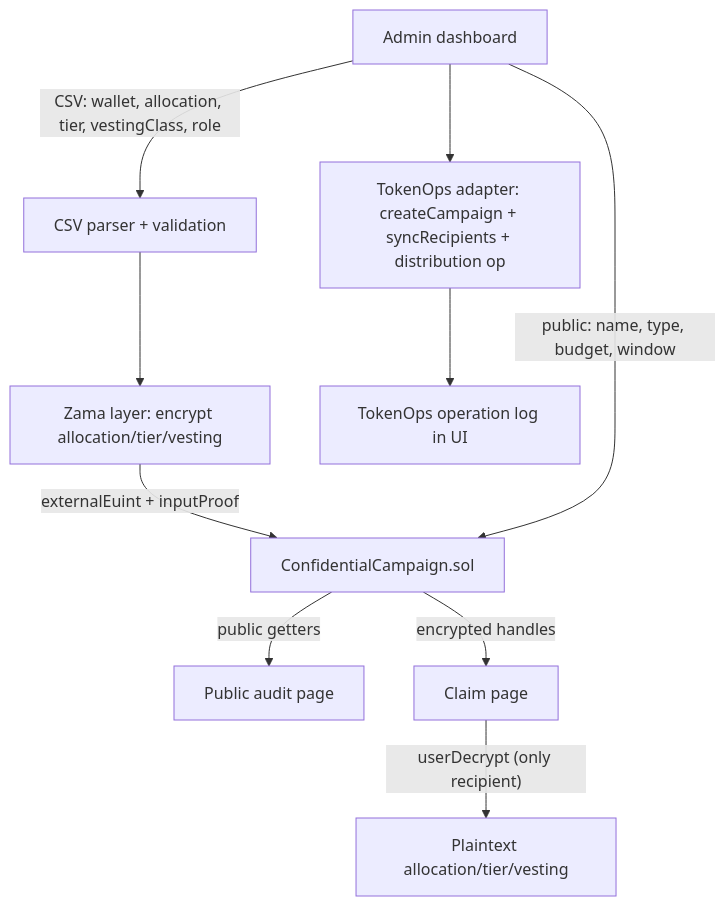
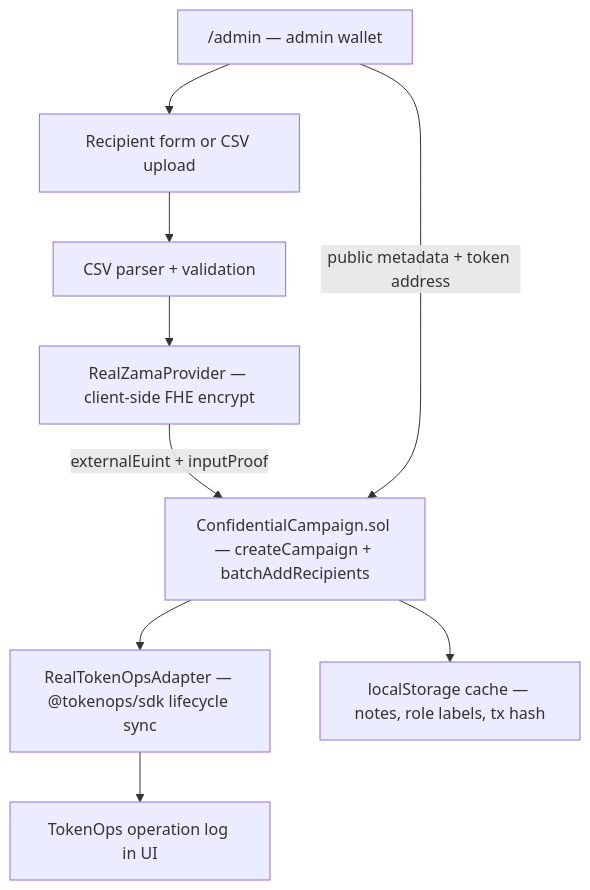
Before and after one commit to karagozemin/CloakOps: the first of 3 diagrams in docs/architecture.md, drawn with Mermaid. The commit also changed other lines of this file and 3 other files, not shown here.

````diff
--- a/docs/architecture.md
+++ b/docs/architecture.md
@@ -8,12 +14,17 @@
 ```mermaid
 flowchart TD
-  Admin[Admin dashboard] -->|"CSV: wallet, allocation, tier, vestingClass, role"| CSVParse[CSV parser + validation]
-  CSVParse --> ZamaEnc[Zama layer: encrypt allocation/tier/vesting]
-  ZamaEnc -->|"externalEuint + inputProof"| Contract[ConfidentialCampaign.sol]
-  Admin -->|"public: name, type, budget, window"| Contract
-  Admin --> TokenOps[TokenOps adapter: createCampaign + syncRecipients + distribution op]
-  Contract -->|"public getters"| Audit[Public audit page]
-  Contract -->|"encrypted handles"| Claim[Claim page]
-  Claim -->|"userDecrypt (only recipient)"| Decrypted[Plaintext allocation/tier/vesting]
-  TokenOps --> OpsLog[TokenOps operation log in UI]
+  Admin["/admin — admin wallet"]
+  Form["Recipient form or CSV upload"]
+  Parse["CSV parser + validation"]
+  Zama["RealZamaProvider — client-side FHE encrypt"]
+  Chain["ConfidentialCampaign.sol — createCampaign + batchAddRecipients"]
+  TokenOps["RealTokenOpsAdapter — @tokenops/sdk lifecycle sync"]
+  Local["localStorage cache — notes, role labels, tx hash"]
+
+  Admin --> Form --> Parse --> Zama
+  Zama -->|"externalEuint + inputProof"| Chain
+  Admin -->|"public metadata + token address"| Chain
+  Chain --> TokenOps
+  Chain --> Local
+  TokenOps --> OpsLog["TokenOps operation log in UI"]
 ```
````
